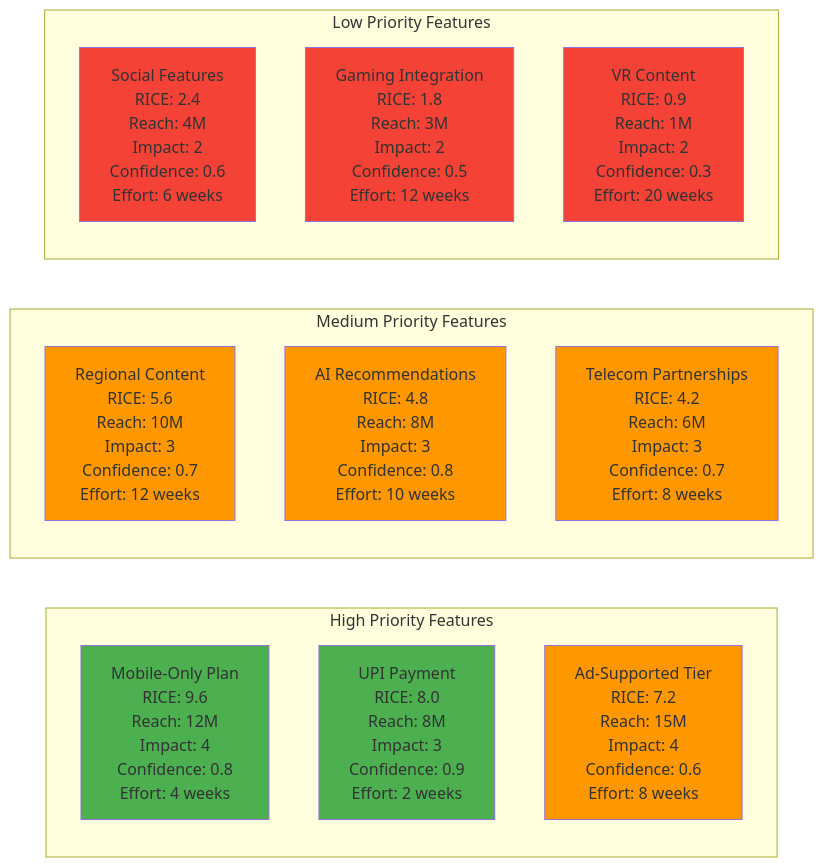
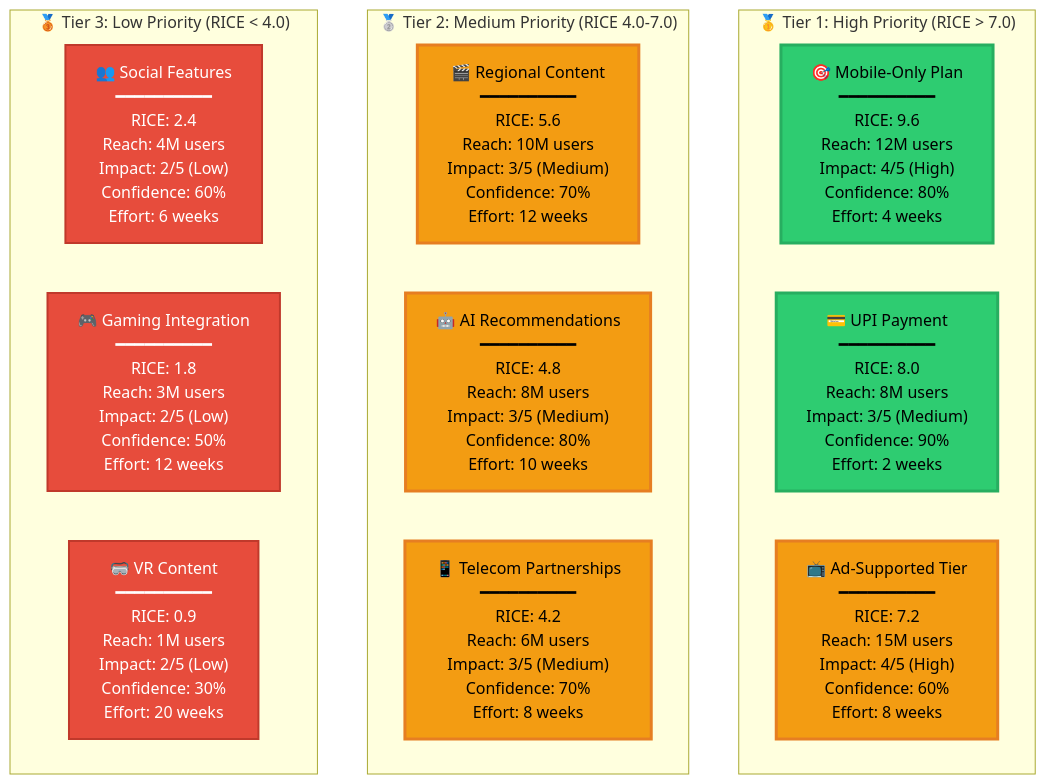
One commit to VIKAS9793/netflix-india-pm-case-study changed the second of 7 diagrams in assets/diagrams/feature-prioritization-matrix.md. Above: the diagram before and after it, drawn with Mermaid. The commit also changed other lines of this file, not shown here.

First line of the commit message:
feat: fix quadrant chart overlaps and enhance feature prioritization matrix

````diff
--- a/assets/diagrams/feature-prioritization-matrix.md
+++ b/assets/diagrams/feature-prioritization-matrix.md
@@ -63,30 +62,30 @@
 ```mermaid
-graph LR
-    subgraph "High Priority Features"
-        Mobile["Mobile-Only Plan<br/>RICE: 9.6<br/>Reach: 12M<br/>Impact: 4<br/>Confidence: 0.8<br/>Effort: 4 weeks"]
-        UPI["UPI Payment<br/>RICE: 8.0<br/>Reach: 8M<br/>Impact: 3<br/>Confidence: 0.9<br/>Effort: 2 weeks"]
-        Ads["Ad-Supported Tier<br/>RICE: 7.2<br/>Reach: 15M<br/>Impact: 4<br/>Confidence: 0.6<br/>Effort: 8 weeks"]
+graph TB
+    subgraph "🥇 Tier 1: High Priority (RICE > 7.0)"
+        Mobile["🎯 Mobile-Only Plan<br/>━━━━━━━━━━<br/>RICE: 9.6<br/>Reach: 12M users<br/>Impact: 4/5 (High)<br/>Confidence: 80%<br/>Effort: 4 weeks"]
+        UPI["💳 UPI Payment<br/>━━━━━━━━━━<br/>RICE: 8.0<br/>Reach: 8M users<br/>Impact: 3/5 (Medium)<br/>Confidence: 90%<br/>Effort: 2 weeks"]
+        Ads["📺 Ad-Supported Tier<br/>━━━━━━━━━━<br/>RICE: 7.2<br/>Reach: 15M users<br/>Impact: 4/5 (High)<br/>Confidence: 60%<br/>Effort: 8 weeks"]
     end
     
-    subgraph "Medium Priority Features"
-        Regional["Regional Content<br/>RICE: 5.6<br/>Reach: 10M<br/>Impact: 3<br/>Confidence: 0.7<br/>Effort: 12 weeks"]
-        AI["AI Recommendations<br/>RICE: 4.8<br/>Reach: 8M<br/>Impact: 3<br/>Confidence: 0.8<br/>Effort: 10 weeks"]
-        Telecom["Telecom Partnerships<br/>RICE: 4.2<br/>Reach: 6M<br/>Impact: 3<br/>Confidence: 0.7<br/>Effort: 8 weeks"]
+    subgraph "🥈 Tier 2: Medium Priority (RICE 4.0-7.0)"
+        Regional["🎬 Regional Content<br/>━━━━━━━━━━<br/>RICE: 5.6<br/>Reach: 10M users<br/>Impact: 3/5 (Medium)<br/>Confidence: 70%<br/>Effort: 12 weeks"]
+        AI["🤖 AI Recommendations<br/>━━━━━━━━━━<br/>RICE: 4.8<br/>Reach: 8M users<br/>Impact: 3/5 (Medium)<br/>Confidence: 80%<br/>Effort: 10 weeks"]
+        Telecom["📱 Telecom Partnerships<br/>━━━━━━━━━━<br/>RICE: 4.2<br/>Reach: 6M users<br/>Impact: 3/5 (Medium)<br/>Confidence: 70%<br/>Effort: 8 weeks"]
     end
     
-    subgraph "Low Priority Features"
-        Social["Social Features<br/>RICE: 2.4<br/>Reach: 4M<br/>Impact: 2<br/>Confidence: 0.6<br/>Effort: 6 weeks"]
-        Gaming["Gaming Integration<br/>RICE: 1.8<br/>Reach: 3M<br/>Impact: 2<br/>Confidence: 0.5<br/>Effort: 12 weeks"]
-        VR["VR Content<br/>RICE: 0.9<br/>Reach: 1M<br/>Impact: 2<br/>Confidence: 0.3<br/>Effort: 20 weeks"]
+    subgraph "🥉 Tier 3: Low Priority (RICE < 4.0)"
+        Social["👥 Social Features<br/>━━━━━━━━━━<br/>RICE: 2.4<br/>Reach: 4M users<br/>Impact: 2/5 (Low)<br/>Confidence: 60%<br/>Effort: 6 weeks"]
+        Gaming["🎮 Gaming Integration<br/>━━━━━━━━━━<br/>RICE: 1.8<br/>Reach: 3M users<br/>Impact: 2/5 (Low)<br/>Confidence: 50%<br/>Effort: 12 weeks"]
+        VR["🥽 VR Content<br/>━━━━━━━━━━<br/>RICE: 0.9<br/>Reach: 1M users<br/>Impact: 2/5 (Low)<br/>Confidence: 30%<br/>Effort: 20 weeks"]
     end
     
-    style Mobile fill:#4caf50
-    style UPI fill:#4caf50
-    style Ads fill:#ff9800
-    style Regional fill:#ff9800
-    style AI fill:#ff9800
-    style Telecom fill:#ff9800
-    style Social fill:#f44336
-    style Gaming fill:#f44336
-    style VR fill:#f44336
+    style Mobile fill:#2ecc71,stroke:#27ae60,stroke-width:3px,color:#000
+    style UPI fill:#2ecc71,stroke:#27ae60,stroke-width:3px,color:#000
+    style Ads fill:#f39c12,stroke:#e67e22,stroke-width:3px,color:#000
+    style Regional fill:#f39c12,stroke:#e67e22,stroke-width:3px,color:#000
+    style AI fill:#f39c12,stroke:#e67e22,stroke-width:3px,color:#000
+    style Telecom fill:#f39c12,stroke:#e67e22,stroke-width:3px,color:#000
+    style Social fill:#e74c3c,stroke:#c0392b,stroke-width:2px,color:#fff
+    style Gaming fill:#e74c3c,stroke:#c0392b,stroke-width:2px,color:#fff
+    style VR fill:#e74c3c,stroke:#c0392b,stroke-width:2px,color:#fff
 ```
````
